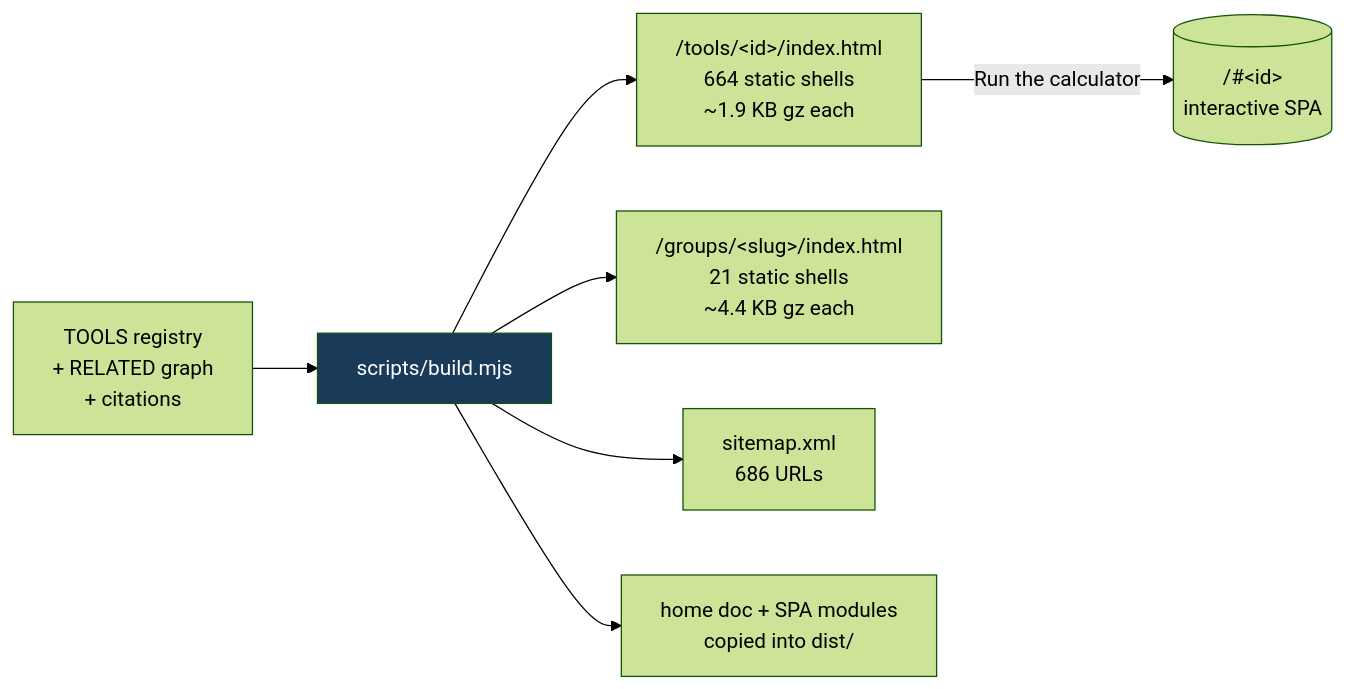
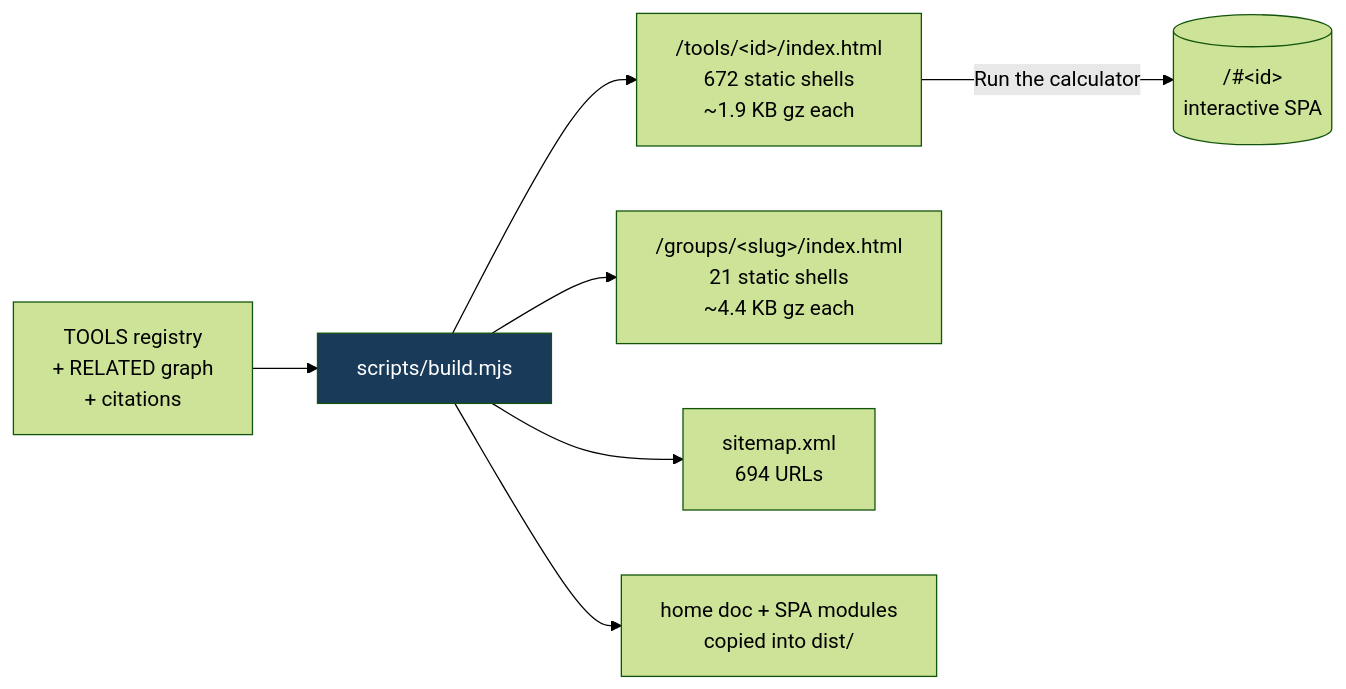
Before and after one commit to clay-good/roughlogic.com: the fifth of 8 diagrams in README.md, drawn with Mermaid (forest theme). The commit also changed other lines of this file and 23 other files, not shown here.

````diff
--- a/README.md
+++ b/README.md
@@ -452,10 +452,10 @@
 ```mermaid
 flowchart LR
     SRC[TOOLS registry\n+ RELATED graph\n+ citations] --> BUILD[scripts/build.mjs]
-    BUILD --> TILE["/tools/&lt;id&gt;/index.html\n664 static shells\n~1.9 KB gz each"]
+    BUILD --> TILE["/tools/&lt;id&gt;/index.html\n672 static shells\n~1.9 KB gz each"]
     BUILD --> GROUP["/groups/&lt;slug&gt;/index.html\n21 static shells\n~4.4 KB gz each"]
-    BUILD --> MAP["sitemap.xml\n686 URLs"]
+    BUILD --> MAP["sitemap.xml\n694 URLs"]
     BUILD --> COPY[home doc + SPA modules\ncopied into dist/]
     TILE -->|Run the calculator| SPA[("/#&lt;id&gt;\ninteractive SPA")]
     style BUILD fill:#1a3a5a,color:#fff
 ```
````
